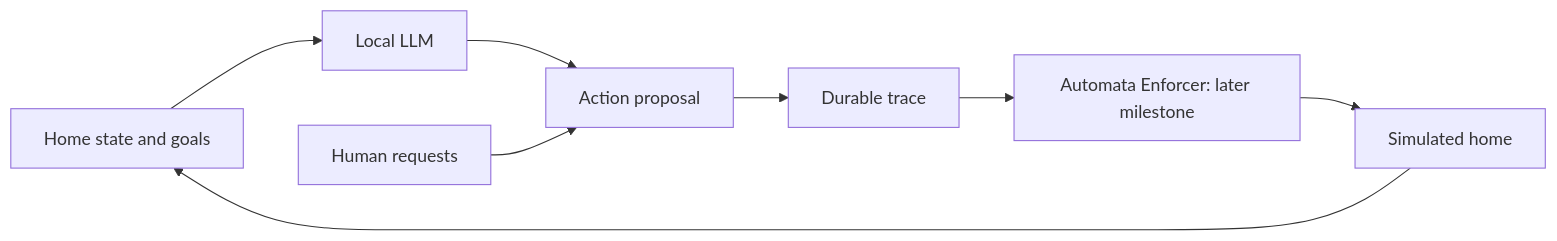
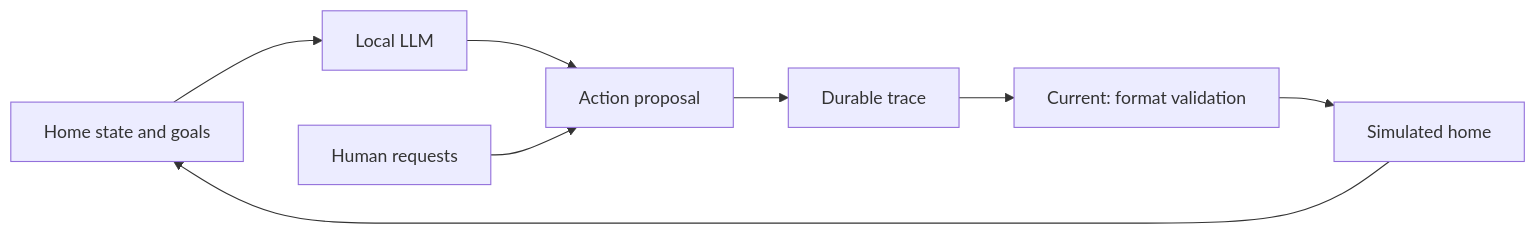
The diagram in README.md (PavaritPramual/safeflow-automata), drawn with Mermaid before and after one commit. The commit also changed other lines of this file and 43 other files, not shown here.

````diff
--- a/README.md
+++ b/README.md
@@ -17,10 +22,10 @@
 ```mermaid
 flowchart LR
     S[Home state and goals] --> A[Local LLM]
     A --> P[Action proposal]
     H[Human requests] --> P
     P --> L[Durable trace]
-    L --> E[Automata Enforcer: later milestone]
-    E --> B[Simulated home]
+    L --> V[Current: format validation]
+    V --> B[Simulated home]
     B --> S
 ```
````
